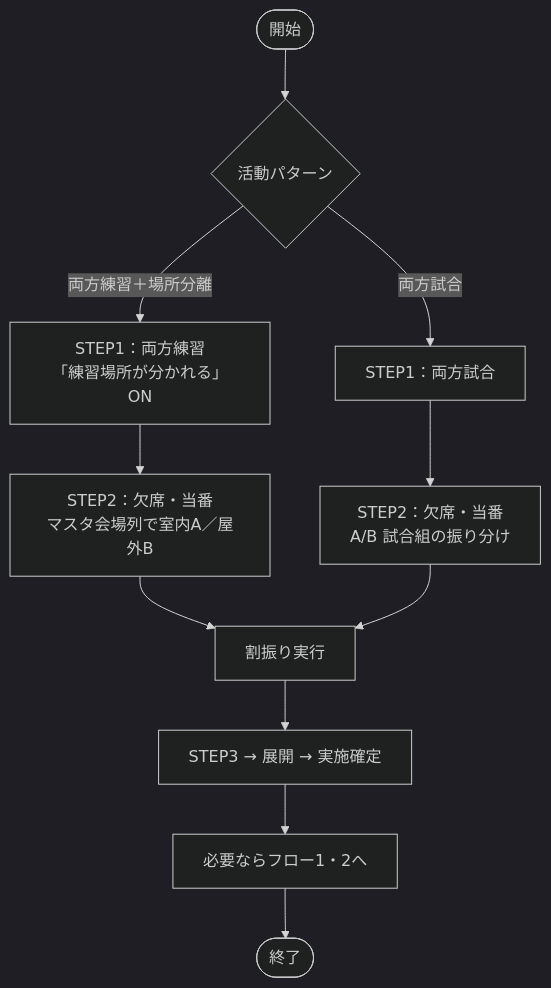
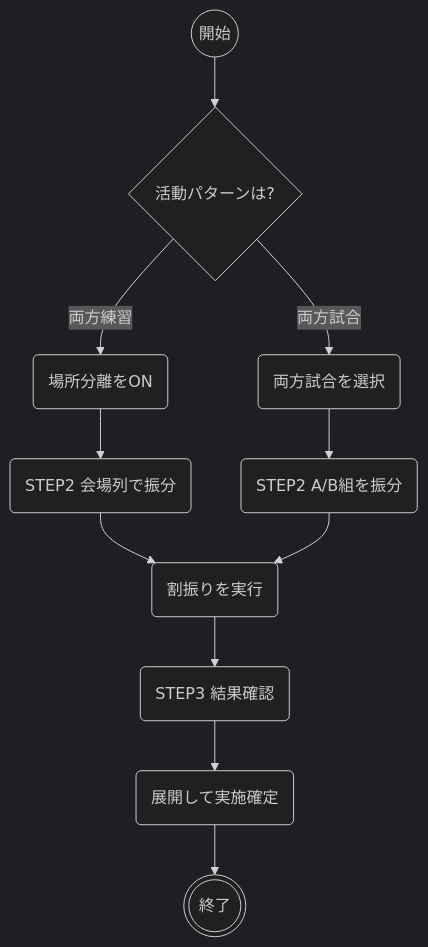
Before and after one commit to tcb15-admin/tcb-tools: the seventh of 9 diagrams in boys15/docs/TCB-MAN-001_道具割り振りツール_操作マニュアル_v1.5.md, drawn with Mermaid (dark theme). The commit also changed other lines of this file and 3 other files, not shown here.

First line of the commit message:
docs: 15期マニュアルv1.11でフロー図のPDFレイアウトを改善

````diff
--- a/boys15/docs/TCB-MAN-001_道具割り振りツール_操作マニュアル_v1.5.md
+++ b/boys15/docs/TCB-MAN-001_道具割り振りツール_操作マニュアル_v1.5.md
@@ -245,13 +271,13 @@
 ```mermaid
 flowchart TD
-    S([開始]) --> PAT{活動パターン}
-    PAT -->|両方練習＋場所分離| R1[STEP1：両方練習<br/>「練習場所が分かれる」ON]
-    R1 --> R2[STEP2：欠席・当番<br/>マスタ会場列で室内A／屋外B]
-    PAT -->|両方試合| Y1[STEP1：両方試合]
-    Y1 --> Y2[STEP2：欠席・当番<br/>A/B 試合組の振り分け]
-    R2 --> RUN[割振り実行]
+    S((開始)) --> PAT{活動パターンは?}
+    PAT -->|両方練習| R1(場所分離をON)
+    R1 --> R2(STEP2 会場列で振分)
+    PAT -->|両方試合| Y1(両方試合を選択)
+    Y1 --> Y2(STEP2 A/B組を振分)
+    R2 --> RUN(割振りを実行)
     Y2 --> RUN
-    RUN --> S3[STEP3 → 展開 → 実施確定]
-    S3 --> MERGE[必要ならフロー1・2へ]
-    MERGE --> E([終了])
+    RUN --> S3(STEP3 結果確認)
+    S3 --> SH(展開して実施確定)
+    SH --> E(((終了)))
 ```
````
